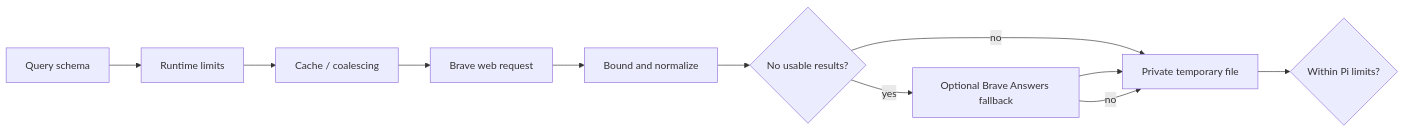
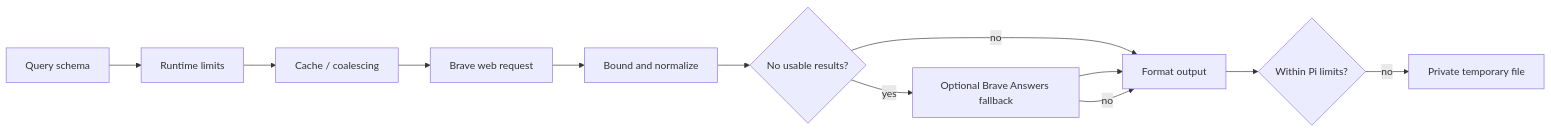
Before and after one commit to zeldrisho/pi-packages: the second of 2 diagrams in docs/architecture.md, drawn with Mermaid. The commit also changed 4 other files, not shown here.

````diff
--- a/docs/architecture.md
+++ b/docs/architecture.md
@@ -37,11 +37,12 @@
 ```mermaid
 flowchart LR
   A[Query schema] --> B[Runtime limits] --> C[Cache / coalescing]
   C --> D[Brave web request] --> E[Bound and normalize]
   E --> F{No usable results?}
   F -- yes --> G[Optional Brave Answers fallback]
   F -- no --> H[Format output]
   G --> H
   H --> I{Within Pi limits?}
-  G -- no --> H[Private temporary file]
+  G -- no --> H[Format output]
+  I -- no --> J[Private temporary file]
 ```
````
